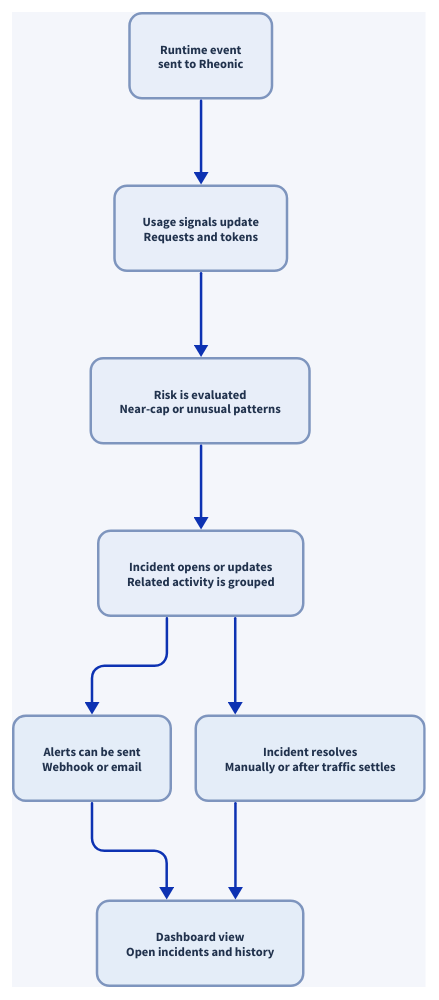
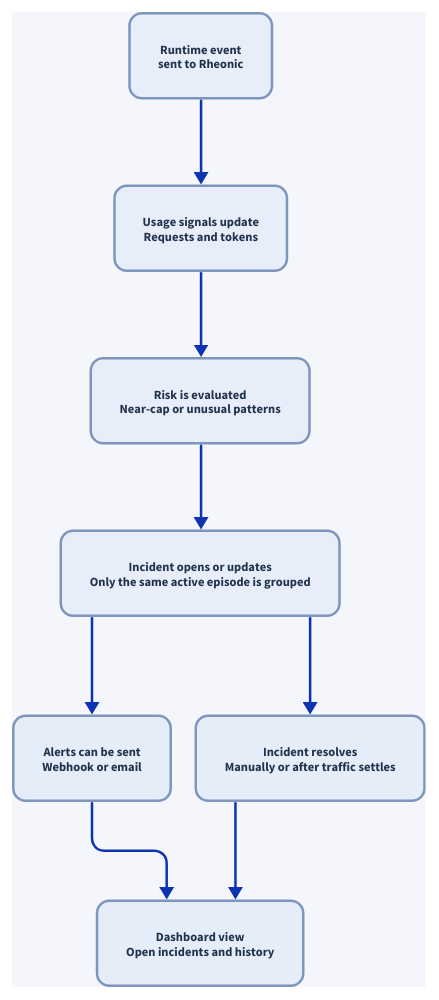
One commit to MichaelTelvin/Rheonic changed the diagram in docs/architecture/incident_flow.d2. Above: the diagram before and after it, drawn with D2. The commit also changed 17 other files, not shown here.

```diff
--- a/docs/architecture/incident_flow.d2
+++ b/docs/architecture/incident_flow.d2
@@ -1,91 +1,91 @@
 direction: down
 
 vars: {
   d2-config: {
     pad: 10
     sketch: false
     layout-engine: elk
   }
 }
 
 style: {
   fill: "#f4f6fb"
 }
 
 event: "Runtime event\nsent to Rheonic" {
   style: {
     fill: "#e8eef9"
     stroke: "#7e95be"
     font-color: "#21324d"
     border-radius: 10
     font-size: 10
   }
 }
 
 signals: "Usage signals update\nRequests and tokens" {
   style: {
     fill: "#e8eef9"
     stroke: "#7e95be"
     font-color: "#21324d"
     border-radius: 10
     font-size: 10
   }
 }
 
 risk_check: "Risk is evaluated\nNear-cap or unusual patterns" {
   style: {
     fill: "#e8eef9"
     stroke: "#7e95be"
     font-color: "#21324d"
     border-radius: 10
     font-size: 10
   }
 }
 
-incident: "Incident opens or updates\nRelated activity is grouped" {
+incident: "Incident opens or updates\nOnly the same active episode is grouped" {
   style: {
     fill: "#e8eef9"
     stroke: "#7e95be"
     font-color: "#21324d"
     border-radius: 10
     font-size: 10
   }
 }
 
 alerts: "Alerts can be sent\nWebhook or email" {
   style: {
     fill: "#e4edf8"
     stroke: "#7e95be"
     font-color: "#21324d"
     border-radius: 10
     font-size: 10
   }
 }
 
 resolve: "Incident resolves\nManually or after traffic settles" {
   style: {
     fill: "#e4edf8"
     stroke: "#7e95be"
     font-color: "#21324d"
     border-radius: 10
     font-size: 10
   }
 }
 
 dashboard: "Dashboard view\nOpen incidents and history" {
   style: {
     fill: "#e4edf8"
     stroke: "#7e95be"
     font-color: "#21324d"
     border-radius: 10
     font-size: 10
   }
 }
 
 event -> signals
 signals -> risk_check
 risk_check -> incident
 incident -> alerts
 incident -> resolve
 alerts -> dashboard
 resolve -> dashboard
```
